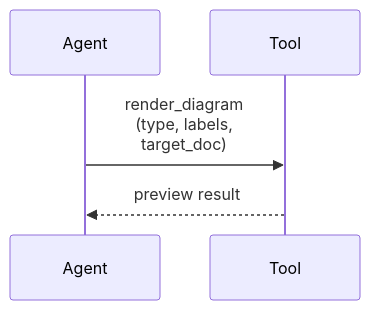
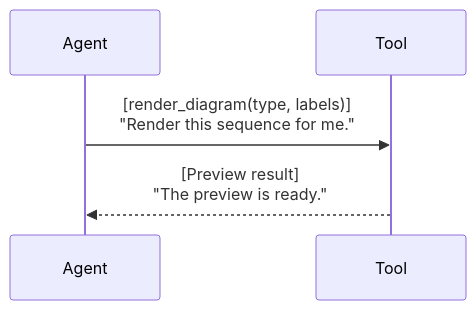
The third of 9 diagrams in domain/imsight-skills/imsight-doc-writing/commands/format-mermaid.md (igamenovoer/domain-skills), drawn with Mermaid before and after one commit. The commit also changed other lines of this file and 2 other files, not shown here.

Commit message:
docs(doc-writing): default sequence messages to technical-plus-chat style

````diff
--- a/domain/imsight-skills/imsight-doc-writing/commands/format-mermaid.md
+++ b/domain/imsight-skills/imsight-doc-writing/commands/format-mermaid.md
@@ -92,7 +83,7 @@
 ```mermaid
 sequenceDiagram
     participant A as Agent
     participant T as Tool
-    A->>T: render_diagram<br/>(type, labels,<br/>target_doc)
-    T-->>A: preview result
+    A->>T: [render_diagram(type, labels)]<br/>"Render this sequence for me."
+    T-->>A: [Preview result]<br/>"The preview is ready."
 ```
````
